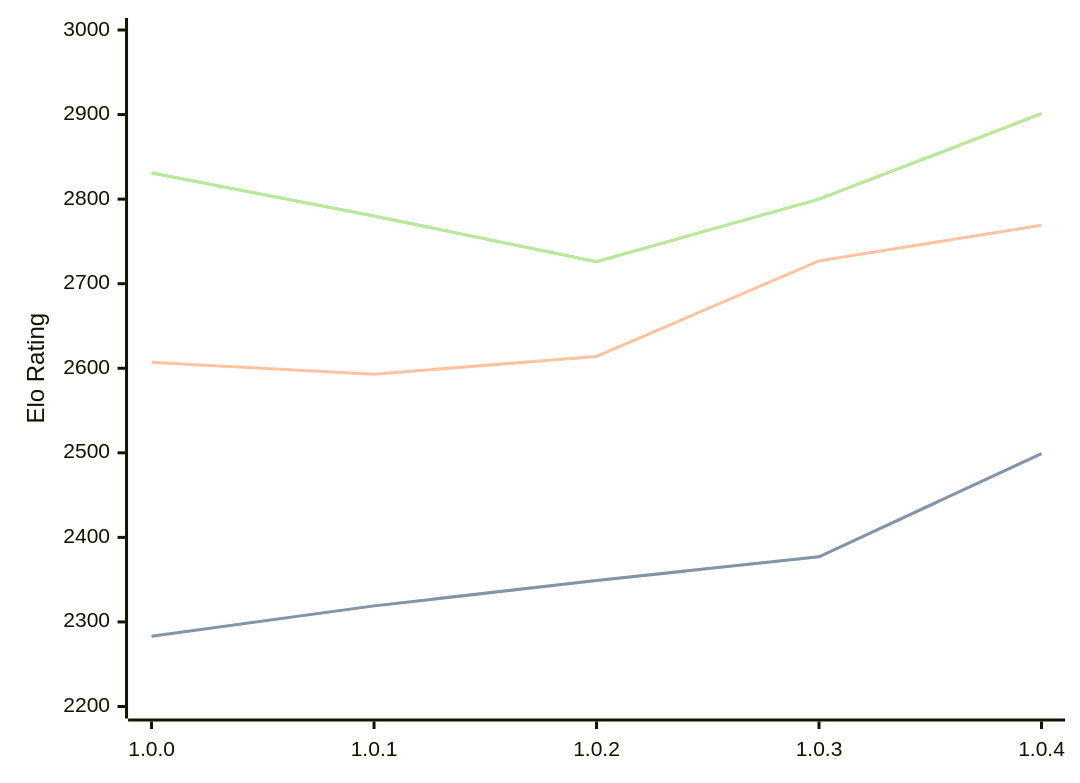
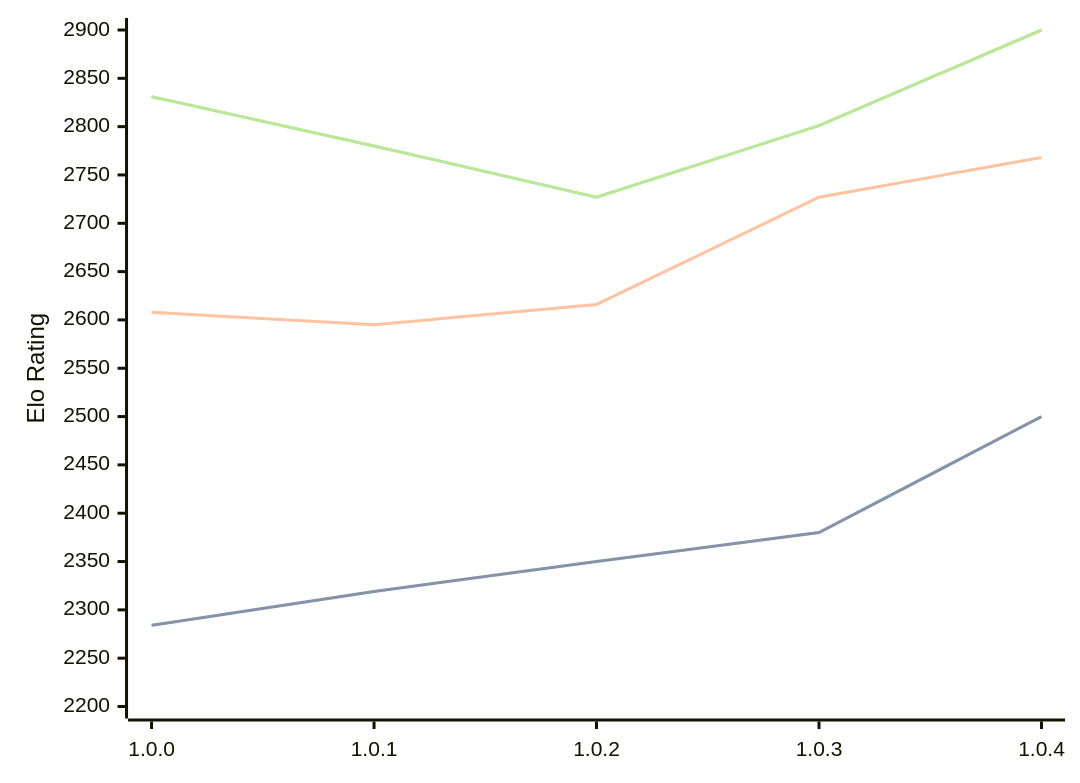
The diagram in engines/Grail.md (computer-chess-index/cci), drawn with Mermaid before and after one commit. The commit also changed other lines of this file, not shown here.

Commit message:
Update CCI Ratings (ELO VLTC) - 2026-02-21

````diff
--- a/engines/Grail.md
+++ b/engines/Grail.md
@@ -32,11 +32,11 @@
 ```mermaid
 %%{init: {"theme":"base","themeVariables":{"seriesColors:['#a3a3a3','#222221','#faa371']}}}%%
 xychart-beta
   x-axis ["1.0.0", "1.0.1", "1.0.2", "1.0.3", "1.0.4"]
-  y-axis "Elo Rating" 2200 --> 3000
-  line "STC (8.0+0.08s)" [2283, 2319, 2349, 2377, 2499]
-  line "STC (8.0+0.08s)" [2283, 2319, 2349, 2377, 2499]
-  line "LTC (60.0+0.60s)" [2607, 2593, 2614, 2727, 2769]
-  line "VLTC (2m24s+1.12s)" [2831, 2780, 2726, 2800, 2901]
-  line "VLTC (2m24s+1.12s)" [2831, 2780, 2726, 2800, 2901]
+  y-axis "Elo Rating" 2200 --> 2900
+  line "STC (8.0+0.08s)" [2284, 2319, 2350, 2380, 2500]
+  line "STC (8.0+0.08s)" [2284, 2319, 2350, 2380, 2500]
+  line "LTC (60.0+0.60s)" [2608, 2595, 2616, 2727, 2768]
+  line "VLTC (2m24s+1.12s)" [2831, 2780, 2727, 2801, 2900]
+  line "VLTC (2m24s+1.12s)" [2831, 2780, 2727, 2801, 2900]
 ```
````
